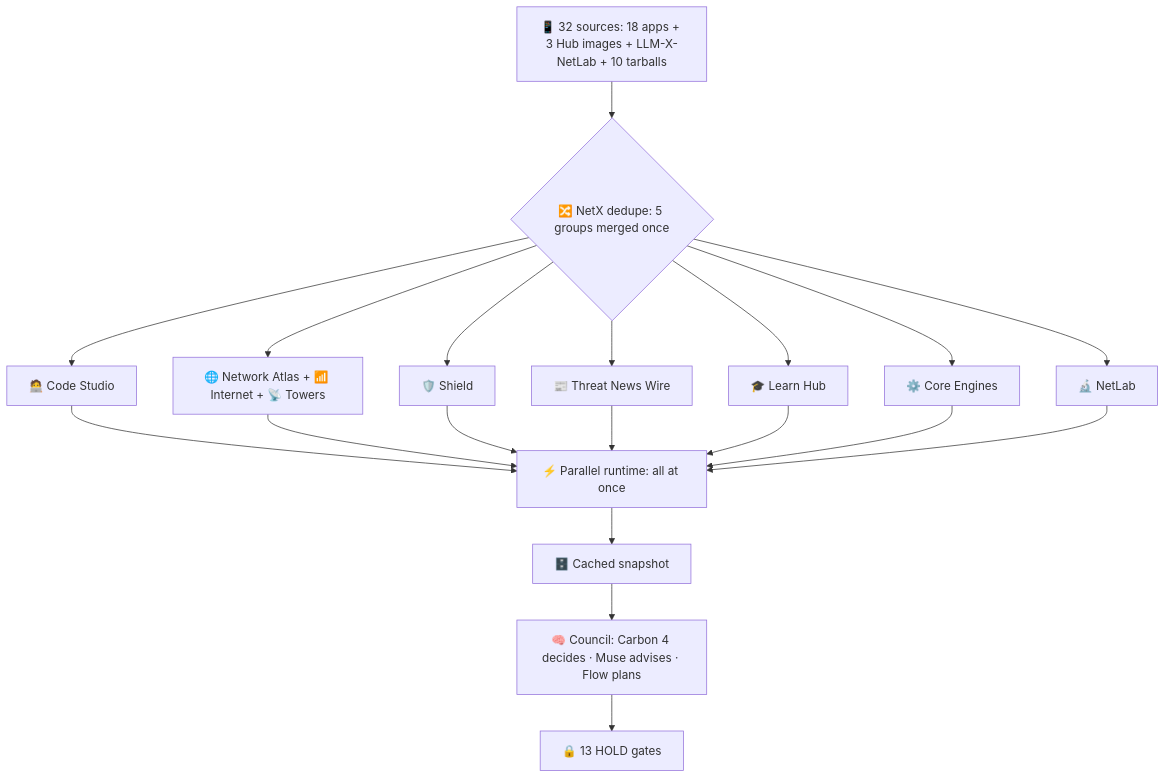
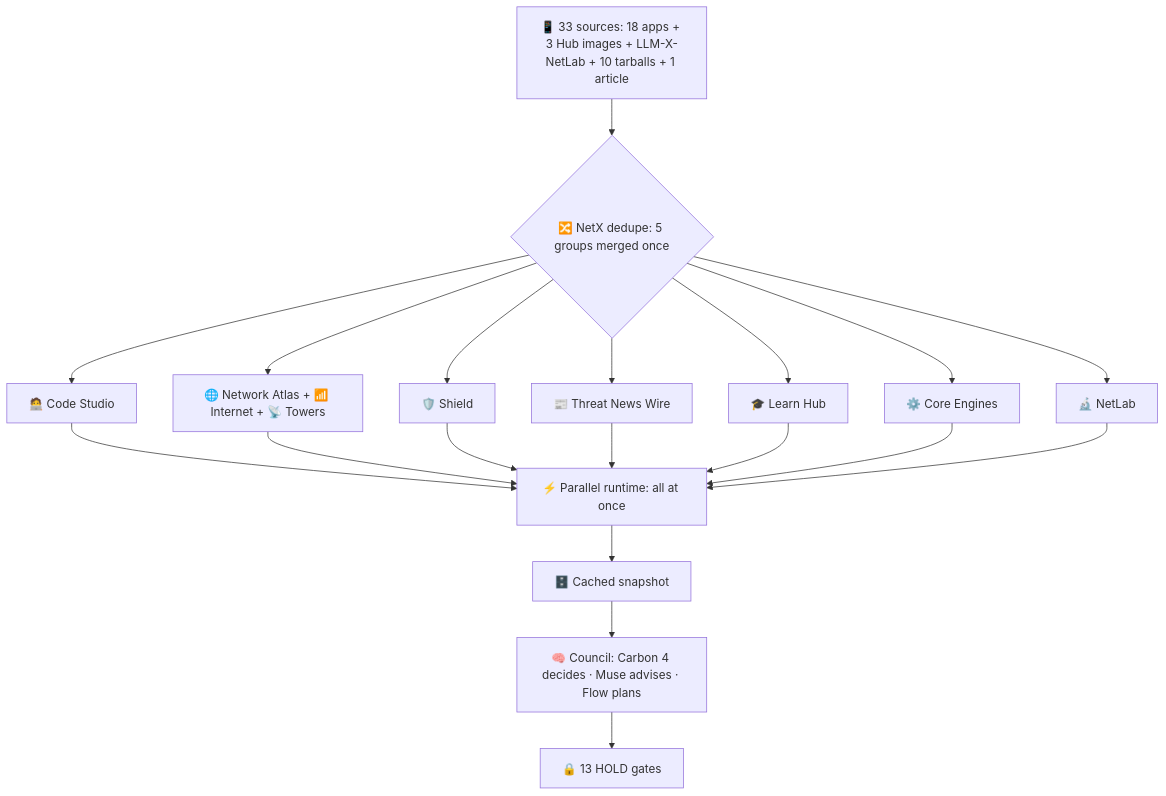
One commit to kimanicollier44-cmyk/NetX changed the first of 18 diagrams in README.md. Above: the diagram before and after it, drawn with Mermaid. The commit also changed other lines of this file and 7 other files, not shown here.

Commit message:
NetX v1.4.0: Google Maps seat from Apify guide (geocode + distance matrix, key-gated live calls) - 33 sources, 16 gates, 11 runtime jobs

````diff
--- a/README.md
+++ b/README.md
@@ -102,21 +102,21 @@
 ```mermaid
 flowchart TD
-    A[📱 32 sources: 18 apps + 3 Hub images + LLM-X-NetLab + 10 tarballs] --> B{🔀 NetX dedupe: 5 groups merged once}
+    A[📱 33 sources: 18 apps + 3 Hub images + LLM-X-NetLab + 10 tarballs + 1 article] --> B{🔀 NetX dedupe: 5 groups merged once}
     B --> C[🧑‍💻 Code Studio]
     B --> D[🌐 Network Atlas + 📶 Internet + 📡 Towers]
     B --> E[🛡️ Shield]
     B --> F[📰 Threat News Wire]
     B --> G[🎓 Learn Hub]
     B --> H[⚙️ Core Engines]
     B --> I[🔬 NetLab]
     C --> J[⚡ Parallel runtime: all at once]
     D --> J
     E --> J
     F --> J
     G --> J
     H --> J
     I --> J
     J --> K[🗄️ Cached snapshot]
     K --> L[🧠 Council: Carbon 4 decides · Muse advises · Flow plans]
     L --> M[🔒 13 HOLD gates]
 ```
````
